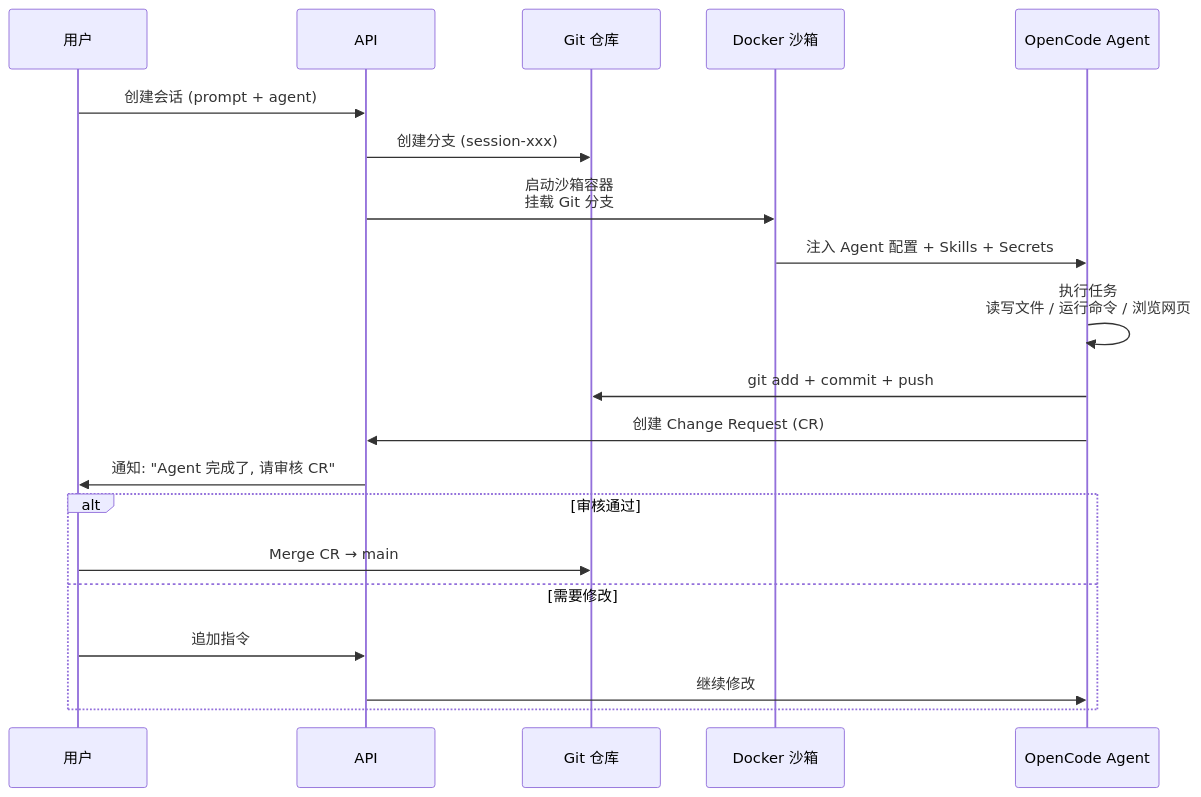
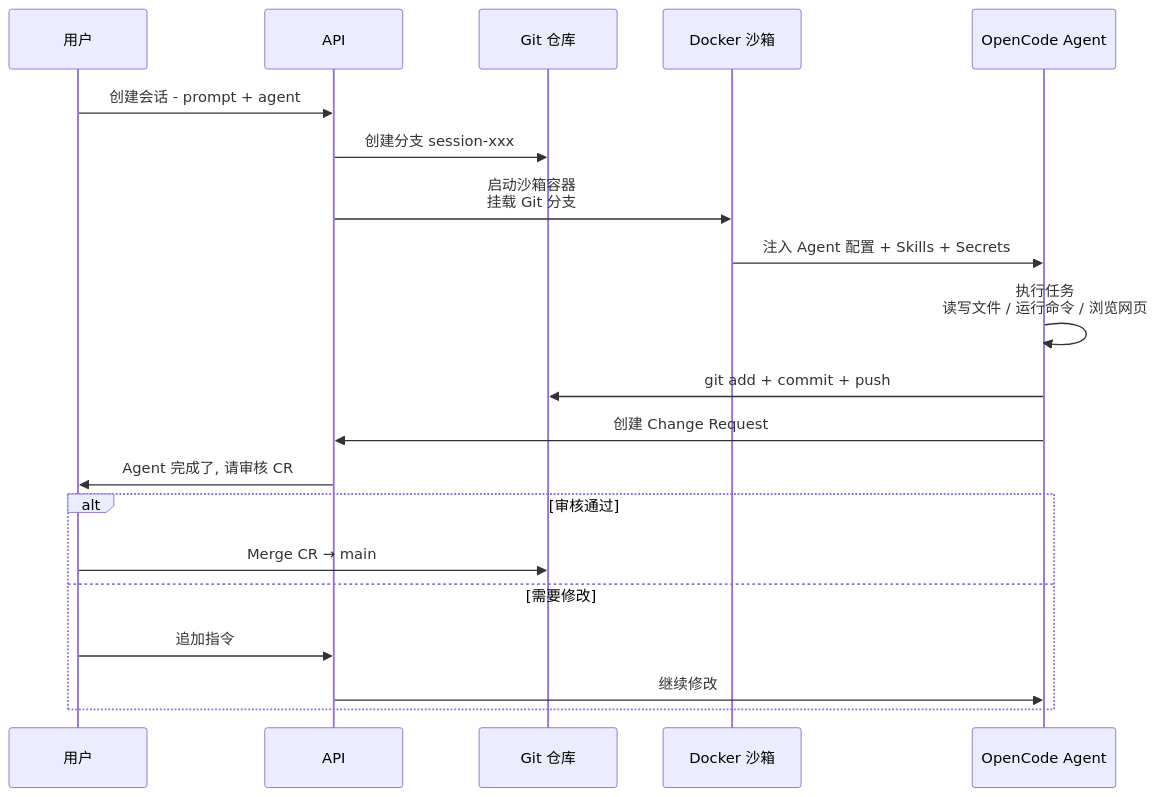
One commit to SilkLee/full-stack-guide changed the third of 11 diagrams in suna-deep-dive.md. Above: the diagram before and after it, drawn with Mermaid. The commit also changed other lines of this file, not shown here.

Commit message:
Fix suna-deep-dive: update TOC for chapters 10-15, fix corrupted section 10 (Prisma->Drizzle, YAML->table), remove all () from sequence diagrams

````diff
--- a/suna-deep-dive.md
+++ b/suna-deep-dive.md
@@ -135,25 +141,25 @@
 ```mermaid
 sequenceDiagram
     participant User as 用户
     participant API as API
     participant Git as Git 仓库
     participant Docker as Docker 沙箱
     participant Agent as OpenCode Agent
 
-    User->>API: 创建会话 (prompt + agent)
-    API->>Git: 创建分支 (session-xxx)
+    User->>API: 创建会话 - prompt + agent
+    API->>Git: 创建分支 session-xxx
     API->>Docker: 启动沙箱容器<br/>挂载 Git 分支
     Docker->>Agent: 注入 Agent 配置 + Skills + Secrets
     Agent->>Agent: 执行任务<br/>读写文件 / 运行命令 / 浏览网页
     
     Agent->>Git: git add + commit + push
-    Agent->>API: 创建 Change Request (CR)
-    API->>User: 通知: "Agent 完成了, 请审核 CR"
+    Agent->>API: 创建 Change Request
+    API->>User: Agent 完成了, 请审核 CR
     
     alt 审核通过
         User->>Git: Merge CR → main
     else 需要修改
         User->>API: 追加指令
         API->>Agent: 继续修改
     end
 ```
````
